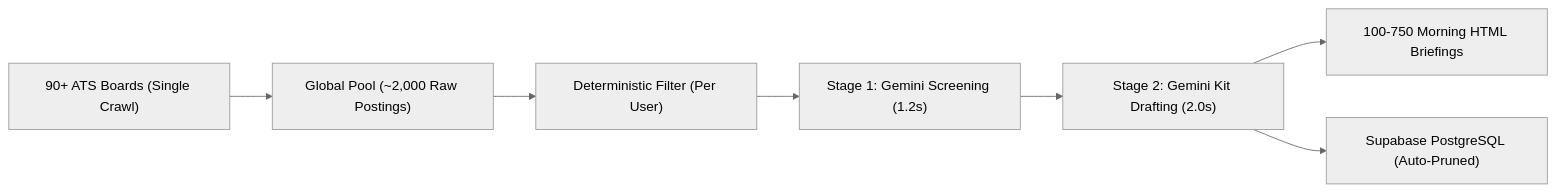
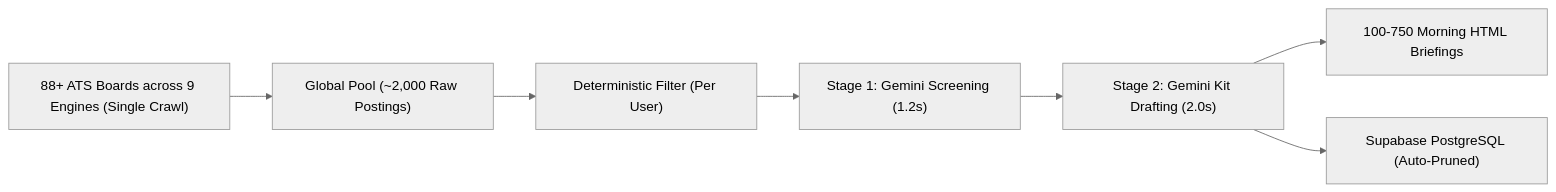
The first of 2 diagrams in METRICS.md (tanish-jain-225/job-hunter), drawn with Mermaid (neutral theme) before and after one commit. The commit also changed other lines of this file and 12 other files, not shown here.

````diff
--- a/METRICS.md
+++ b/METRICS.md
@@ -17,9 +17,9 @@
 ```mermaid
 flowchart LR
-    A["90+ ATS Boards (Single Crawl)"] --> B["Global Pool (~2,000 Raw Postings)"]
+    A["88+ ATS Boards across 9 Engines (Single Crawl)"] --> B["Global Pool (~2,000 Raw Postings)"]
     B --> C["Deterministic Filter (Per User)"]
     C --> D["Stage 1: Gemini Screening (1.2s)"]
     D --> E["Stage 2: Gemini Kit Drafting (2.0s)"]
     E --> F["100-750 Morning HTML Briefings"]
     E --> G["Supabase PostgreSQL (Auto-Pruned)"]
 ```
````
